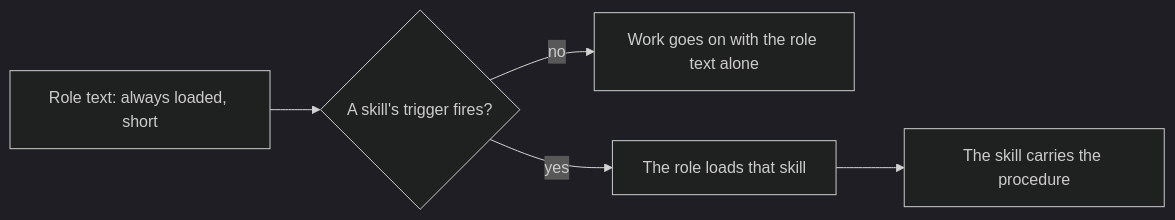
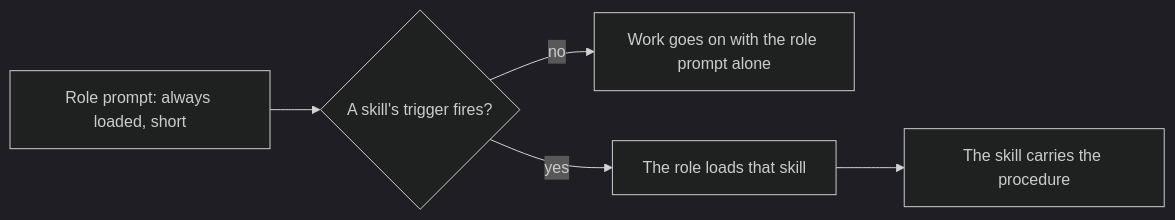
One commit to trustmybot/tmb changed the fifth of 6 diagrams in docs/architecture/EXTENDING.md. Above: the diagram before and after it, drawn with Mermaid (dark theme). The commit also changed other lines of this file and 18 other files, not shown here.

````diff
--- a/docs/architecture/EXTENDING.md
+++ b/docs/architecture/EXTENDING.md
@@ -60,7 +127,7 @@
 ```mermaid
 flowchart LR
-    R["Role text: always loaded, short"] --> T{A skill's trigger fires?}
-    T -- no --> W[Work goes on with the role text alone]
+    R["Role prompt: always loaded, short"] --> T{A skill's trigger fires?}
+    T -- no --> W[Work goes on with the role prompt alone]
     T -- yes --> L[The role loads that skill]
     L --> P[The skill carries the procedure]
 ```
````
